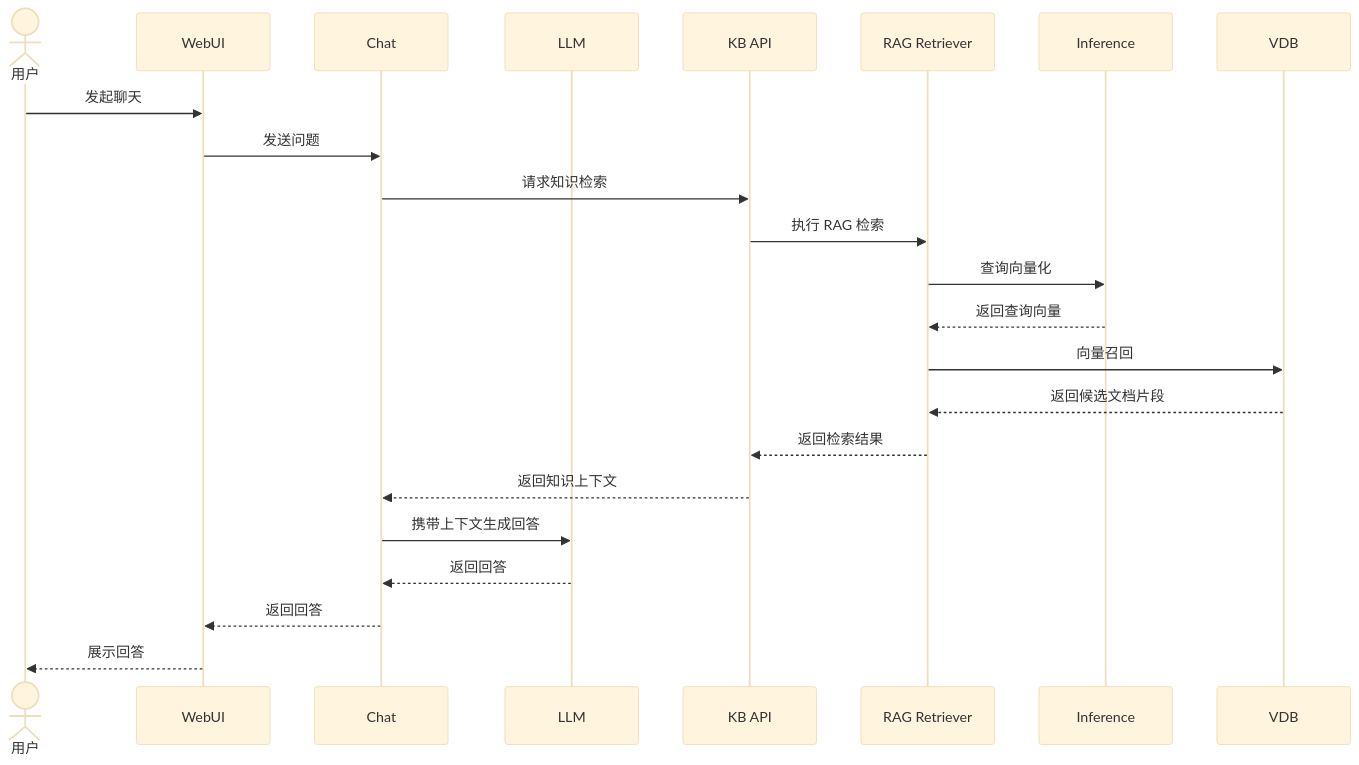
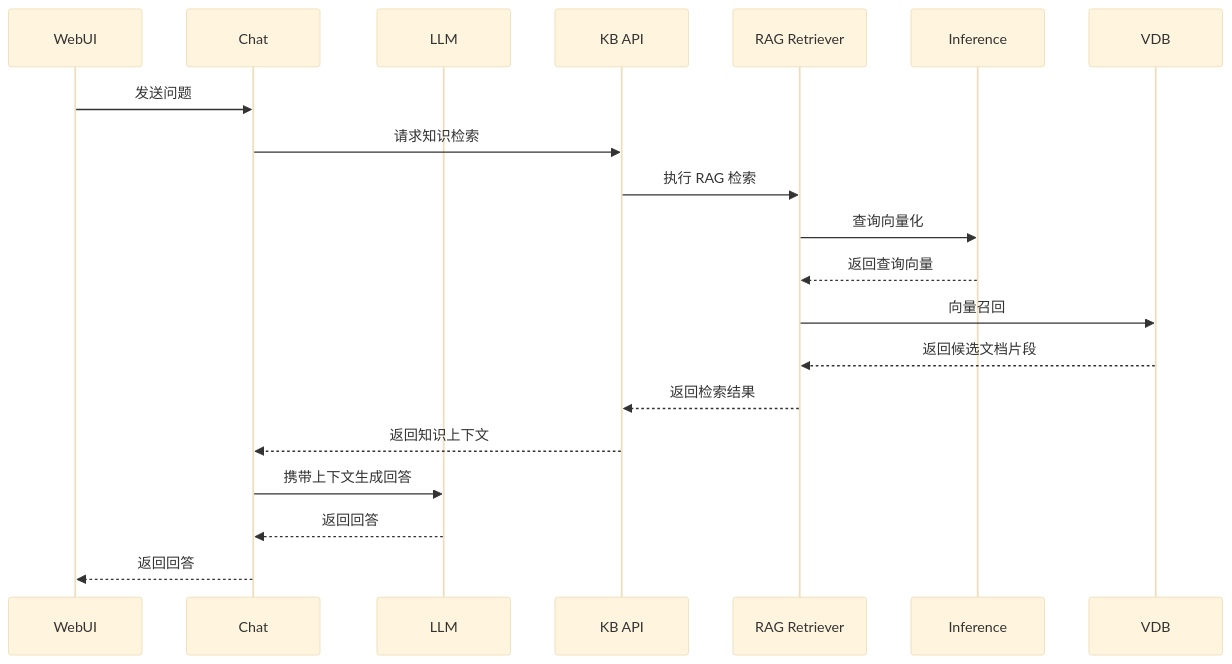
One commit to guobinqiu/kb changed the fourth of 4 diagrams in docs/interaction-design.md. Above: the diagram before and after it, drawn with Mermaid (base theme). The commit also changed other lines of this file and 5 other files, not shown here.

````diff
--- a/docs/interaction-design.md
+++ b/docs/interaction-design.md
@@ -103,26 +191,23 @@
 ```mermaid
 sequenceDiagram
-    actor User as 用户
     participant WebUI
     participant Chat
     participant LLM
     participant KBAPI as KB API
     participant Retriever as RAG Retriever
     participant Inference
     participant VDB
 
-    User->>WebUI: 发起聊天
     WebUI->>Chat: 发送问题
     Chat->>KBAPI: 请求知识检索
     KBAPI->>Retriever: 执行 RAG 检索
     Retriever->>Inference: 查询向量化
     Inference-->>Retriever: 返回查询向量
     Retriever->>VDB: 向量召回
     VDB-->>Retriever: 返回候选文档片段
     Retriever-->>KBAPI: 返回检索结果
     KBAPI-->>Chat: 返回知识上下文
     Chat->>LLM: 携带上下文生成回答
     LLM-->>Chat: 返回回答
     Chat-->>WebUI: 返回回答
-    WebUI-->>User: 展示回答
 ```
````
